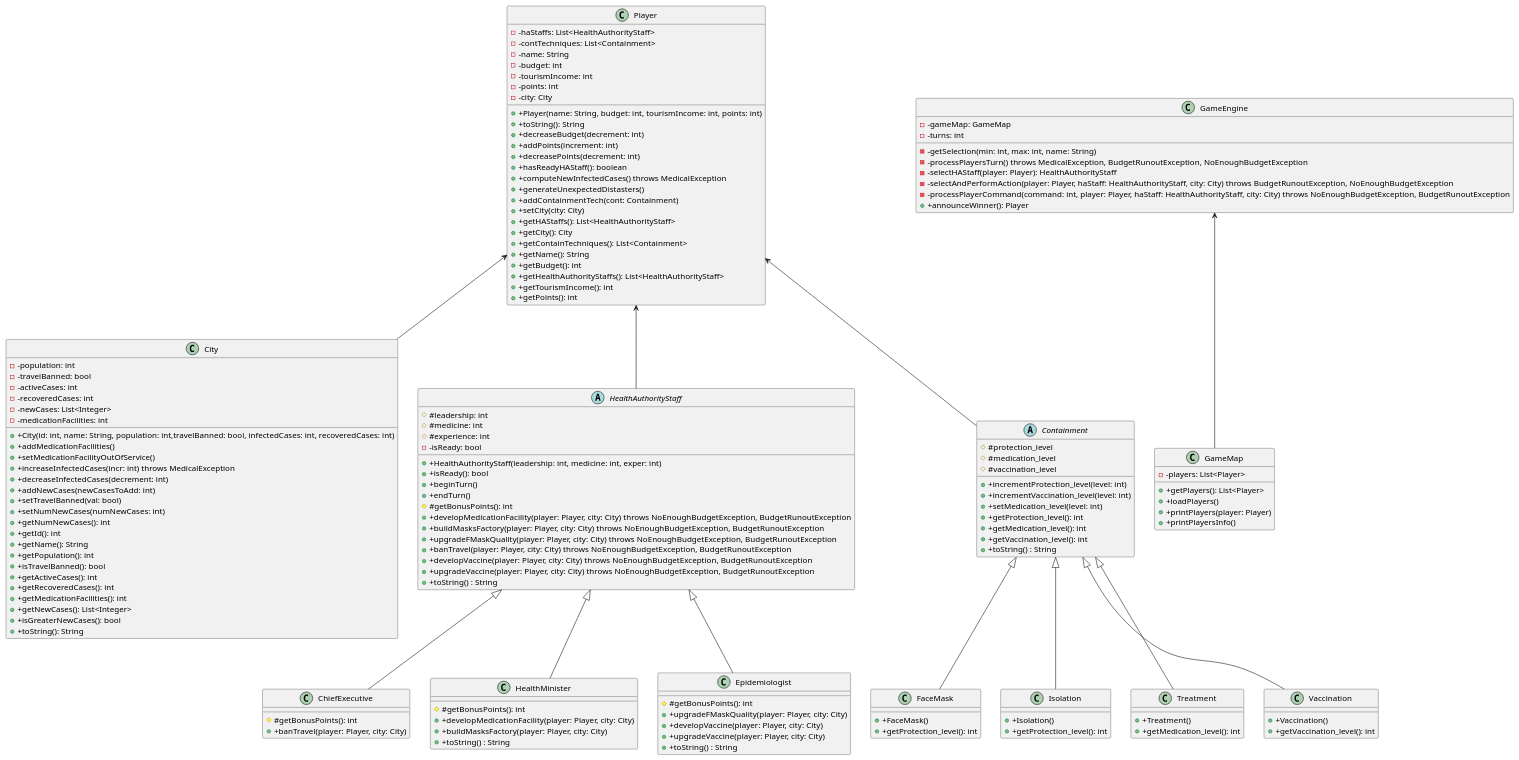
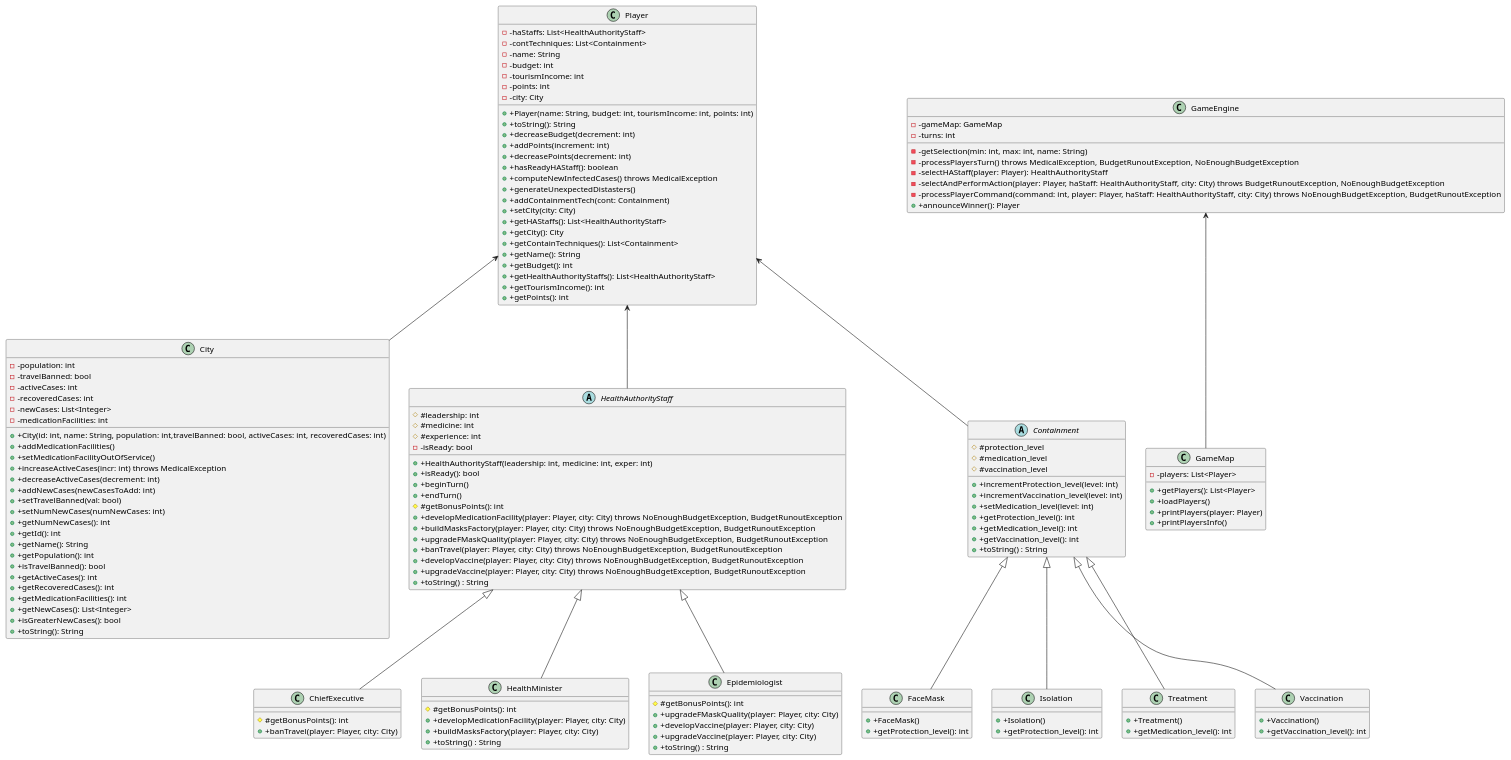
The diagram in engine.puml (ahmad-hl/comp3021-corona-spring2021), drawn with PlantUML before and after one commit. The commit also changed 3 other files, not shown here.

Commit message:
update: class diagram to show modifiers, parameters, and return types

```diff
--- a/engine.puml
+++ b/engine.puml
@@ -1,155 +1,155 @@
 @startuml
 'https://plantuml.com/class-diagram
 class City{
 - -population: int
 - -travelBanned: bool
 - -activeCases: int
 - -recoveredCases: int
 - -newCases: List<Integer>
 - -medicationFacilities: int
-+ +City(id: int, name: String, population: int,travelBanned: bool, infectedCases: int, recoveredCases: int)
++ +City(id: int, name: String, population: int,travelBanned: bool, activeCases: int, recoveredCases: int)
 + +addMedicationFacilities()
 + +setMedicationFacilityOutOfService()
-+ +increaseInfectedCases(incr: int) throws MedicalException
-+ +decreaseInfectedCases(decrement: int)
++ +increaseActiveCases(incr: int) throws MedicalException
++ +decreaseActiveCases(decrement: int)
 + +addNewCases(newCasesToAdd: int)
 + +setTravelBanned(val: bool)
 + +setNumNewCases(numNewCases: int)
 + +getNumNewCases(): int
 + +getId(): int
 + +getName(): String
 + +getPopulation(): int
 + +isTravelBanned(): bool
 + +getActiveCases(): int
 + +getRecoveredCases(): int
 + +getMedicationFacilities(): int
 + +getNewCases(): List<Integer>
 + +isGreaterNewCases(): bool
 + +toString(): String
 }
 
 class Player{
 - -haStaffs: List<HealthAuthorityStaff>
 - -contTechniques: List<Containment>
 - -name: String
 - -budget: int
 - -tourismIncome: int
 - -points: int
 - -city: City
 + +Player(name: String, budget: int, tourismIncome: int, points: int)
 + +toString(): String
 + +decreaseBudget(decrement: int)
 + +addPoints(increment: int)
 + +decreasePoints(decrement: int)
 + +hasReadyHAStaff(): boolean
 + +computeNewInfectedCases() throws MedicalException
 + +generateUnexpectedDistasters()
 + +addContainmentTech(cont: Containment)
 + +setCity(city: City)
 + +getHAStaffs(): List<HealthAuthorityStaff>
 + +getCity(): City
 + +getContainTechniques(): List<Containment>
 + +getName(): String
 + +getBudget(): int
 + +getHealthAuthorityStaffs(): List<HealthAuthorityStaff>
 + +getTourismIncome(): int
 + +getPoints(): int
 }
 
 class GameEngine{
 - -gameMap: GameMap
 - -turns: int
 - -getSelection(min: int, max: int, name: String)
 - -processPlayersTurn() throws MedicalException, BudgetRunoutException, NoEnoughBudgetException
 - -selectHAStaff(player: Player): HealthAuthorityStaff
 - -selectAndPerformAction(player: Player, haStaff: HealthAuthorityStaff, city: City) throws BudgetRunoutException, NoEnoughBudgetException
 - -processPlayerCommand(command: int, player: Player, haStaff: HealthAuthorityStaff, city: City) throws NoEnoughBudgetException, BudgetRunoutException
 + +announceWinner(): Player
 }
 
 class GameMap{
 - -players: List<Player>
 + +getPlayers(): List<Player>
 + +loadPlayers()
 + +printPlayers(player: Player)
 + +printPlayersInfo()
 }
 
 abstract class HealthAuthorityStaff{
 # #leadership: int
 # #medicine: int
 # #experience: int
 - -isReady: bool
 + +HealthAuthorityStaff(leadership: int, medicine: int, exper: int)
 + +isReady(): bool
 + +beginTurn()
 + +endTurn()
 # #getBonusPoints(): int
 + +developMedicationFacility(player: Player, city: City) throws NoEnoughBudgetException, BudgetRunoutException
 + +buildMasksFactory(player: Player, city: City) throws NoEnoughBudgetException, BudgetRunoutException
 + +upgradeFMaskQuality(player: Player, city: City) throws NoEnoughBudgetException, BudgetRunoutException
 + +banTravel(player: Player, city: City) throws NoEnoughBudgetException, BudgetRunoutException
 + +developVaccine(player: Player, city: City) throws NoEnoughBudgetException, BudgetRunoutException
 + +upgradeVaccine(player: Player, city: City) throws NoEnoughBudgetException, BudgetRunoutException
 + +toString() : String
 }
 
 class ChiefExecutive{
 # #getBonusPoints(): int
 + +banTravel(player: Player, city: City)
 }
 class HealthMinister{
 # #getBonusPoints(): int
 + +developMedicationFacility(player: Player, city: City)
 + +buildMasksFactory(player: Player, city: City)
 + +toString() : String
 }
 class Epidemiologist{
 # #getBonusPoints(): int
 + +upgradeFMaskQuality(player: Player, city: City)
 + +developVaccine(player: Player, city: City)
 + +upgradeVaccine(player: Player, city: City)
 + +toString() : String
 }
 HealthAuthorityStaff <|-- ChiefExecutive
 HealthAuthorityStaff <|-- HealthMinister
 HealthAuthorityStaff <|-- Epidemiologist
 
 abstract class Containment{
 # #protection_level
 # #medication_level
 # #vaccination_level
 + +incrementProtection_level(level: int)
 + +incrementVaccination_level(level: int)
 + +setMedication_level(level: int)
 + +getProtection_level(): int
 + +getMedication_level(): int
 + +getVaccination_level(): int
 + +toString() : String
 }
 class FaceMask{
 + +FaceMask()
 + +getProtection_level(): int
 }
 class Isolation{
 + +Isolation()
 + +getProtection_level(): int
 }
 class Treatment{
 + +Treatment()
 + +getMedication_level(): int
 }
 class Vaccination{
 + +Vaccination()
 + +getVaccination_level(): int
 }
 Containment <|-- FaceMask
 Containment <|-- Isolation
 Containment <|-- Treatment
 Containment <|-- Vaccination
 
 Player <-- City
 Player <-- Containment
 Player <-- HealthAuthorityStaff
 GameEngine <-- GameMap
 @enduml
```
